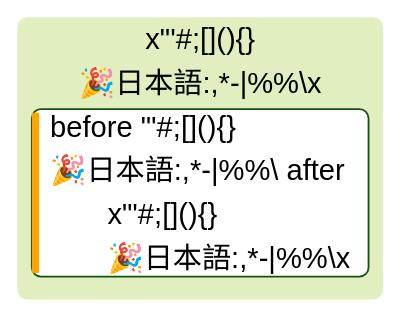
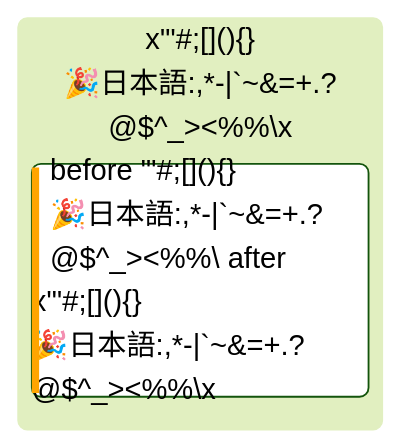
One commit to nao1215/markdown changed the diagram in doc/edgecase/kanban.md. Above: the diagram before and after it, drawn with Mermaid (forest theme). The commit also changed other lines of this file and 86 other files, not shown here.

First line of the commit message:
fix(mermaid): escape the labels the extended probe set found unreadable (#188)

````diff
--- a/doc/edgecase/kanban.md
+++ b/doc/edgecase/kanban.md
@@ -5,8 +5,8 @@
 ```mermaid
 ---
-title: "title \"'#;[](){}🎉日本語:,*-|%%\\"
+title: "title \"'#;[](){}🎉日本語:,*-|`~&=+.?@$^_><%%\\"
 ---
 kanban
-    todo[x"'#;[#93;#40;#41;{#125;<br/>🎉日本語:,*-|%%\x]
-        [before "'#;[#93;#40;#41;{#125;<br/>🎉日本語:,*-|%%\ after]@{ assigned: 'x#quot;''#;[](){#125;<br/>🎉日本語:,*-|%%\\x', priority: 'High' }
+    todo[x"'#;[#93;#40;#41;{#125;<br/>🎉日本語:,*-|`~&=+.?@$^_><%%\x]
+        [before "'#;[#93;#40;#41;{#125;<br/>🎉日本語:,*-|`~&=+.?@$^_><%%\ after]@{ assigned: 'x#quot;''#;[](){#125;<br/>🎉日本語:,*-|`~&=+.?@$#94;_><%%\\x', priority: 'High' }
 ```
````
